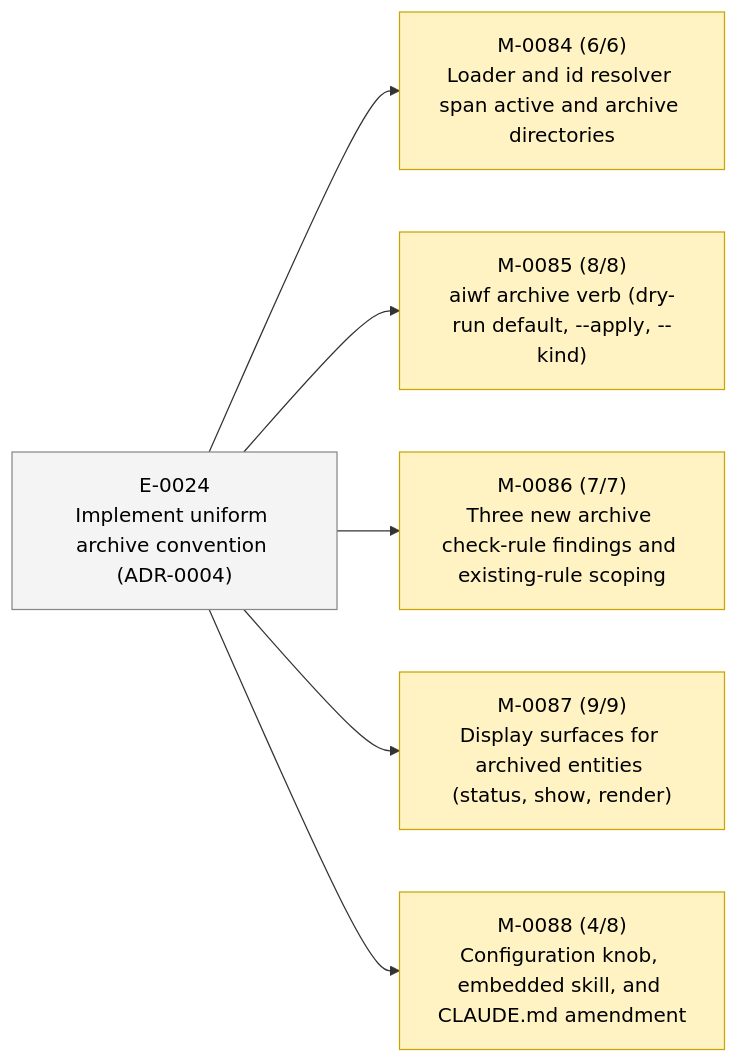
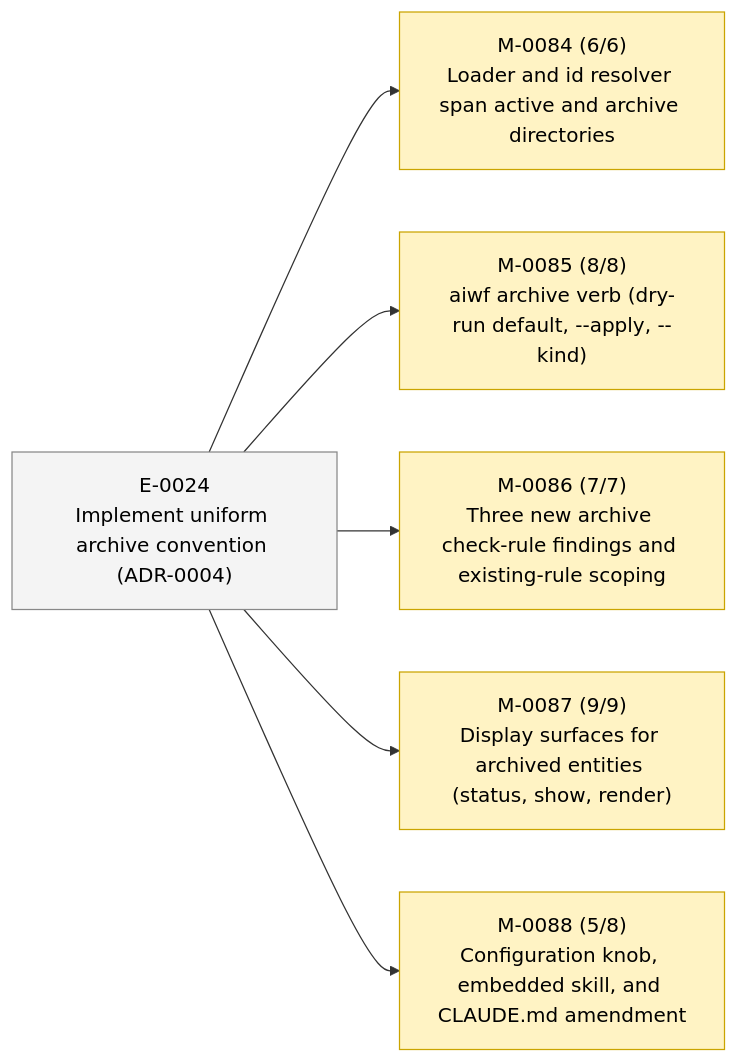
The second of 2 diagrams in STATUS.md (23min/aiwf), drawn with Mermaid before and after one commit. The commit also changed other lines of this file and 1 other file, not shown here.

````diff
--- a/STATUS.md
+++ b/STATUS.md
@@ -49,20 +49,20 @@
 ```mermaid
 flowchart LR
   E_0024["E-0024<br/>Implement uniform archive convention (ADR-0004)"]:::epic_proposed
   M_0084["M-0084 (6/6)<br/>Loader and id resolver span active and archive directories"]:::ms_in_progress
   E_0024 --> M_0084
   M_0085["M-0085 (8/8)<br/>aiwf archive verb (dry-run default, --apply, --kind)"]:::ms_in_progress
   E_0024 --> M_0085
   M_0086["M-0086 (7/7)<br/>Three new archive check-rule findings and existing-rule scoping"]:::ms_in_progress
   E_0024 --> M_0086
   M_0087["M-0087 (9/9)<br/>Display surfaces for archived entities (status, show, render)"]:::ms_in_progress
   E_0024 --> M_0087
-  M_0088["M-0088 (4/8)<br/>Configuration knob, embedded skill, and CLAUDE.md amendment"]:::ms_in_progress
+  M_0088["M-0088 (5/8)<br/>Configuration knob, embedded skill, and CLAUDE.md amendment"]:::ms_in_progress
   E_0024 --> M_0088
   classDef epic_active fill:#d6eaff,stroke:#1a73e8,color:#000
   classDef epic_proposed fill:#f4f4f4,stroke:#888,color:#000
   classDef ms_done fill:#d8f5d8,stroke:#2a8a2a,color:#000
   classDef ms_in_progress fill:#fff3c4,stroke:#caa400,color:#000
   classDef ms_draft fill:#f4f4f4,stroke:#888,color:#000
   classDef ms_cancelled fill:#fbeaea,stroke:#c33,color:#000
 ```
````
